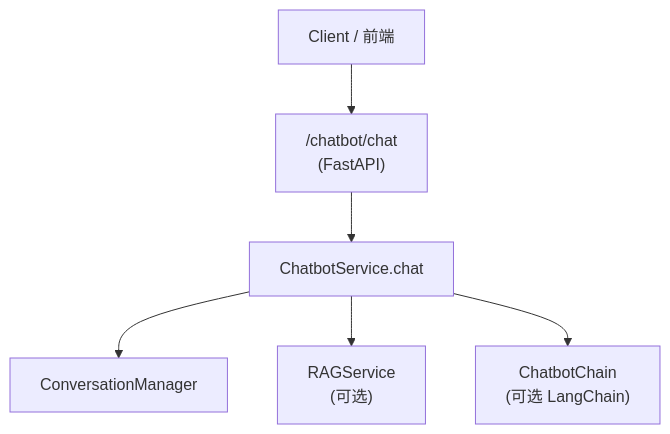
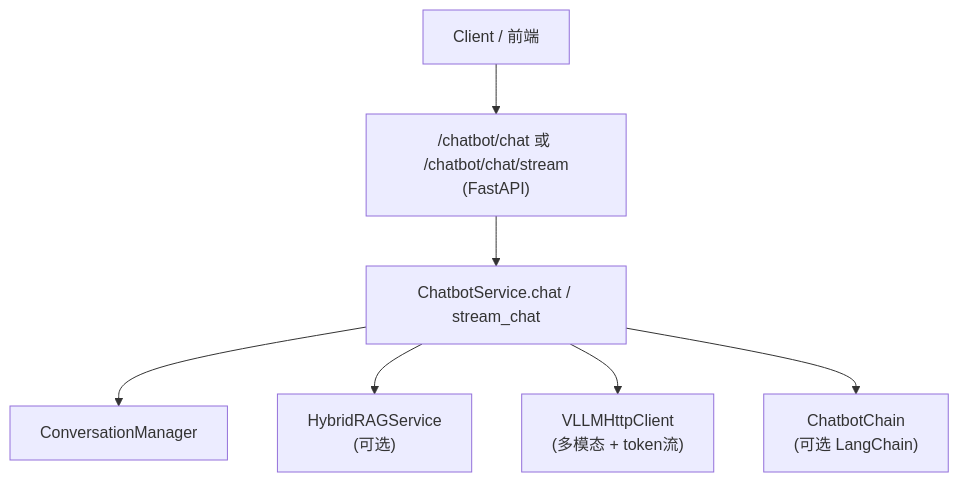
One commit to gaocf888/models_app_framework changed the diagram in framework-guide/智能客服整体实现技术说明.md. Above: the diagram before and after it, drawn with Mermaid. The commit also changed other lines of this file and 93 other files, not shown here.

````diff
--- a/framework-guide/智能客服整体实现技术说明.md
+++ b/framework-guide/智能客服整体实现技术说明.md
@@ -120,8 +129,9 @@
 ```mermaid
 flowchart TB
-    Client["Client / 前端"] --> API["/chatbot/chat<br/>(FastAPI)"]
-    API --> Svc["ChatbotService.chat"]
+    Client["Client / 前端"] --> API["/chatbot/chat 或 /chatbot/chat/stream<br/>(FastAPI)"]
+    API --> Svc["ChatbotService.chat / stream_chat"]
     Svc --> Conv["ConversationManager"]
-    Svc --> RAG["RAGService<br/>(可选)"]
+    Svc --> RAG["HybridRAGService<br/>(可选)"]
+    Svc --> LLM["VLLMHttpClient<br/>(多模态 + token流)"]
     Svc --> Chain["ChatbotChain<br/>(可选 LangChain)"]
 ```
````
